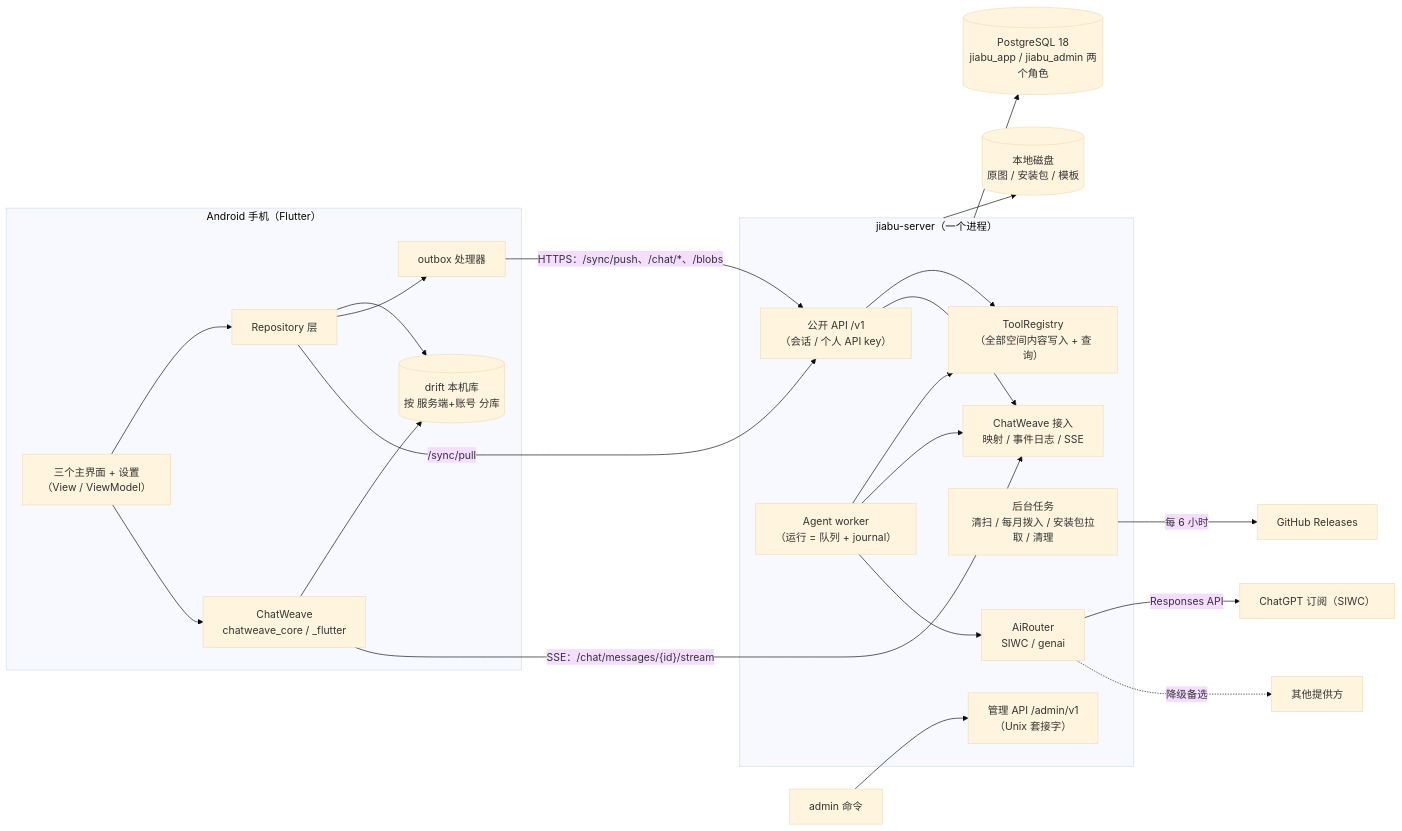
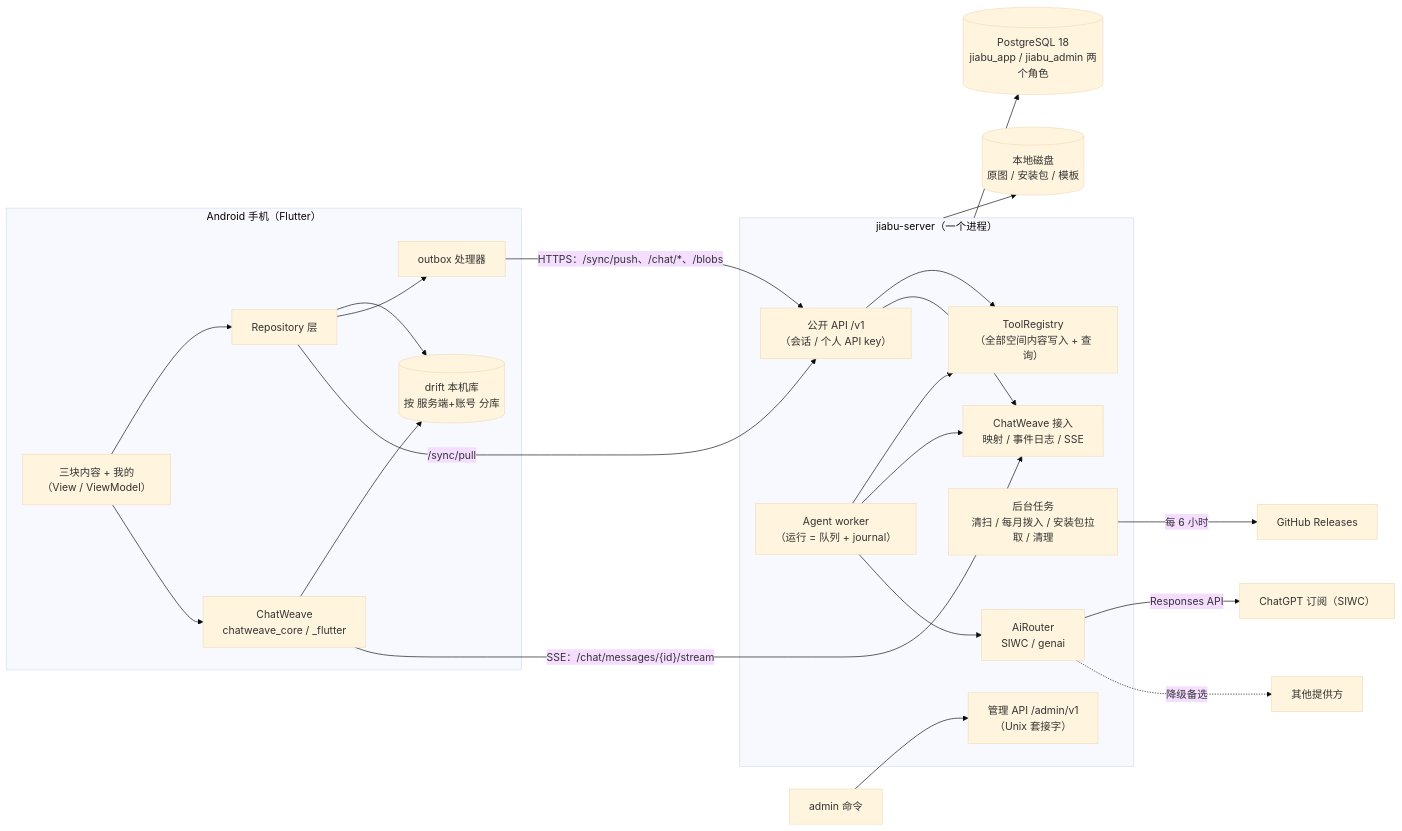
The first of 3 diagrams in docs/engineering/technical-design.md (zz-howard/jiabu), drawn with Mermaid (base theme) before and after one commit. The commit also changed 7 other files, not shown here.

````diff
--- a/docs/engineering/technical-design.md
+++ b/docs/engineering/technical-design.md
@@ -17,37 +17,37 @@
 ```mermaid
 flowchart LR
   subgraph Phone["Android 手机（Flutter）"]
-    UI["三个主界面 + 设置<br/>（View / ViewModel）"]
+    UI["三块内容 + 我的<br/>（View / ViewModel）"]
     Repo["Repository 层"]
     DB[("drift 本机库<br/>按 服务端+账号 分库")]
     OB["outbox 处理器"]
     CW["ChatWeave<br/>chatweave_core / _flutter"]
     UI --> Repo --> DB
     Repo --> OB
     UI --> CW --> DB
   end
   subgraph Server["jiabu-server（一个进程）"]
     API["公开 API /v1<br/>（会话 / 个人 API key）"]
     TOOLS["ToolRegistry<br/>（全部空间内容写入 + 查询）"]
     AG["Agent worker<br/>（运行 = 队列 + journal）"]
     CHAT["ChatWeave 接入<br/>映射 / 事件日志 / SSE"]
     JOBS["后台任务<br/>清扫 / 每月拨入 / 安装包拉取 / 清理"]
     ADM["管理 API /admin/v1<br/>（Unix 套接字）"]
     API --> TOOLS
     API --> CHAT
     AG --> TOOLS
     AG --> CHAT
     AG --> AIR["AiRouter<br/>SIWC / genai"]
   end
   PG[("PostgreSQL 18<br/>jiabu_app / jiabu_admin 两个角色")]
   FS[("本地磁盘<br/>原图 / 安装包 / 模板")]
   OB -- "HTTPS：/sync/push、/chat/*、/blobs" --> API
   CW -- "SSE：/chat/messages/{id}/stream" --> CHAT
   Repo -- "/sync/pull" --> API
   Server --> PG
   Server --> FS
   AIR -- "Responses API" --> OAI["ChatGPT 订阅（SIWC）"]
   AIR -. "降级备选" .-> OTH["其他提供方"]
   CLI["admin 命令"] --> ADM
   JOBS -- "每 6 小时" --> GH["GitHub Releases"]
 ```
````
